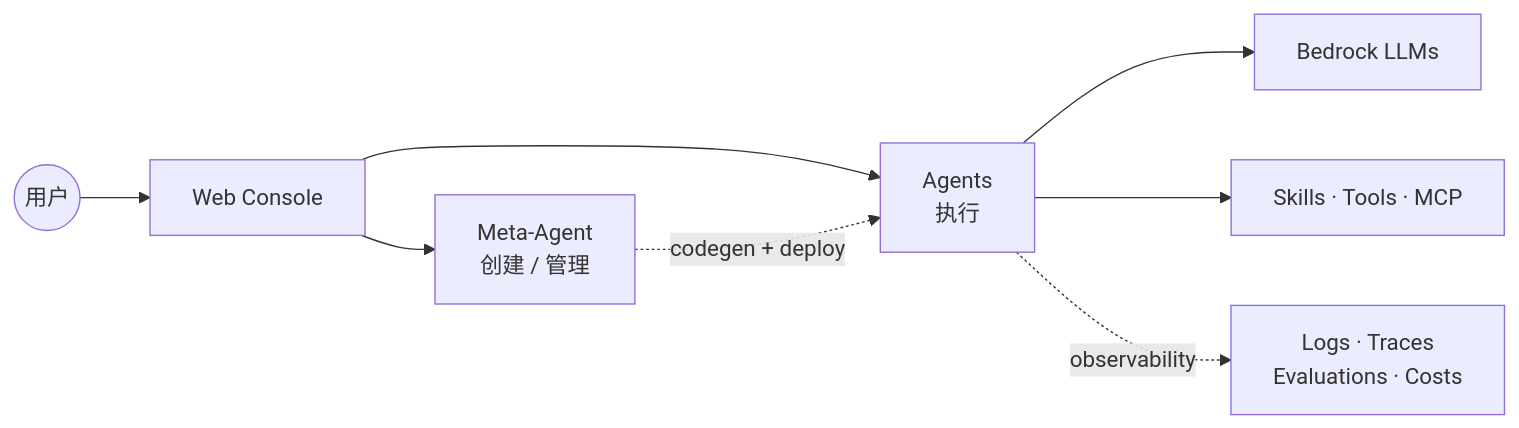
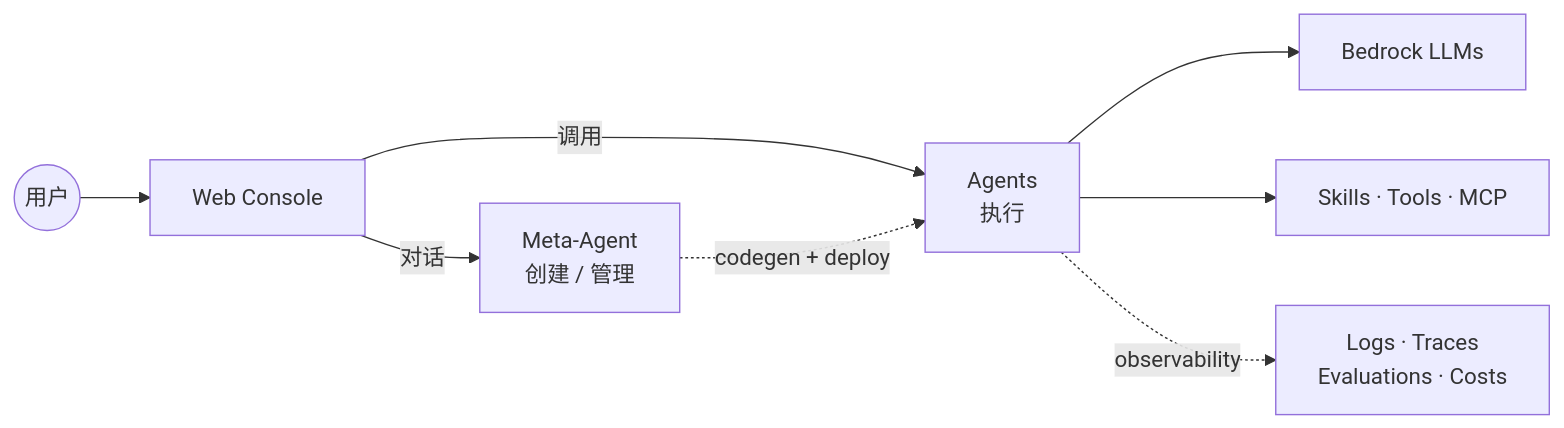
One commit to ddpie/agent-studio changed the first of 2 diagrams in README.md. Above: the diagram before and after it, drawn with Mermaid. The commit also changed other lines of this file and 4 other files, not shown here.

First line of the commit message:
docs: tighten Kiro usage scope notice + mermaid polish

````diff
--- a/README.md
+++ b/README.md
@@ -20,10 +19,10 @@
 ```mermaid
 graph LR
     User((用户)) --> Web[Web Console]
-    Web --> Meta[Meta-Agent<br/>创建 / 管理]
-    Web --> Sub[Agents<br/>执行]
-    Meta -.codegen + deploy.-> Sub
-    Sub --> LLM[Bedrock LLMs]
-    Sub --> Ext[Skills · Tools · MCP]
-    Sub -.observability.-> Obs[Logs · Traces<br/>Evaluations · Costs]
+    Web -->|对话| Meta[Meta-Agent<br/>创建 / 管理]
+    Web -->|调用| Agents[Agents<br/>执行]
+    Meta -.codegen + deploy.-> Agents
+    Agents --> LLM[Bedrock LLMs]
+    Agents --> Ext[Skills · Tools · MCP]
+    Agents -.observability.-> Obs[Logs · Traces<br/>Evaluations · Costs]
 ```
````
